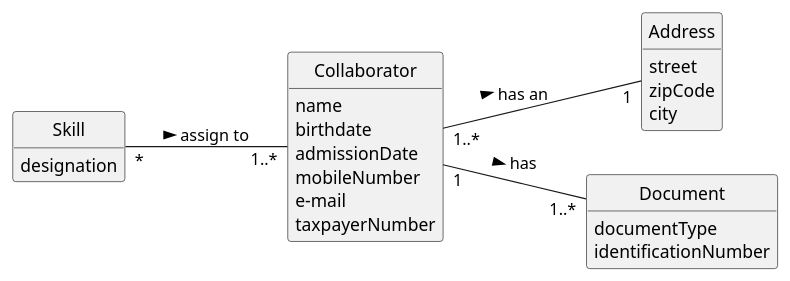
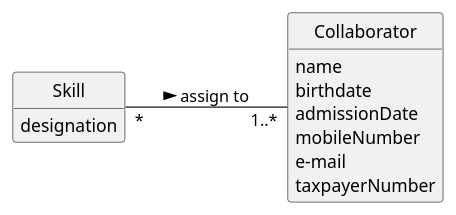
The diagram in docs/sprintC/us004/02.analysis/puml/us004-domain-model.puml (ricardomm7/leaflink), drawn with PlantUML before and after one commit. The commit also changed 4 other files, not shown here.

```diff
--- a/docs/sprintC/us004/02.analysis/puml/us004-domain-model.puml
+++ b/docs/sprintC/us004/02.analysis/puml/us004-domain-model.puml
@@ -1,49 +1,28 @@
 @startuml
 skinparam monochrome true
 skinparam packageStyle rectangle
 skinparam shadowing false
 
 skinparam classAttributeIconSize 0
 left to right direction
 
 hide circle
 hide methods
 
 
 class Skill {
     designation
 }
 
 class Collaborator {
     name
     birthdate
     admissionDate
     mobileNumber
     e-mail
     taxpayerNumber
 }
 
-'class Person {
-'    name
-'    birthdate
-'    contactMobile
-'    email
- '   taxpayerNumber
-'}
-
-class Address{
-    street
-    zipCode
-    city
-}
-
-class Document{
-    documentType
-    identificationNumber
-}
-
-Collaborator "1..*"--"1" Address: has an >
-Collaborator  "1"--"1..*"  Document: has >
 
 Skill "*" -- "1..*" Collaborator : assign to >
 @enduml
```
